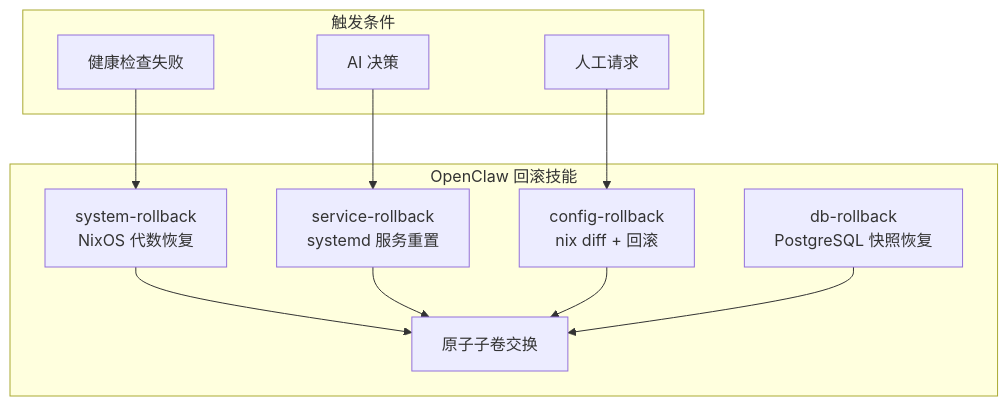
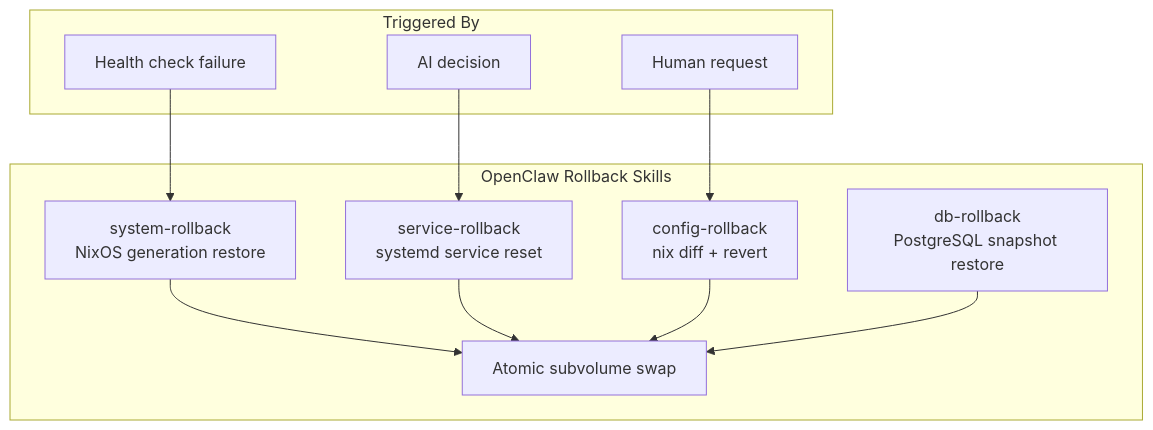
Before and after one commit to stars-labs/self-healing-nixos-infra: the ninth of 12 diagrams in i18n/zh/docusaurus-plugin-content-docs/current/architecture.md, drawn with Mermaid. The commit also changed other lines of this file and 15 other files, not shown here.

First line of the commit message:
Fix Mermaid parse errors in Chinese docs

````diff
--- a/i18n/zh/docusaurus-plugin-content-docs/current/architecture.md
+++ b/i18n/zh/docusaurus-plugin-content-docs/current/architecture.md
@@ -384,19 +384,19 @@
 ```mermaid
 flowchart TB
-    subgraph Rollback_Skills["OpenClaw 回滚技能"]
-        R1[system-rollback<br/>NixOS 代数恢复] --> R5[原子子卷交换]
-        R2[service-rollback<br/>systemd 服务重置] --> R5
-        R3[config-rollback<br/>nix diff + 回滚] --> R5
-        R4[db-rollback<br/>PostgreSQL 快照恢复] --> R5
+    subgraph Rollback_Skills["OpenClaw Rollback Skills"]
+        R1[system-rollback<br/>NixOS generation restore] --> R5[Atomic subvolume swap]
+        R2[service-rollback<br/>systemd service reset] --> R5
+        R3[config-rollback<br/>nix diff + revert] --> R5
+        R4[db-rollback<br/>PostgreSQL snapshot restore] --> R5
     end
     
-    subgraph Triggers["触发条件"]
-        T1[健康检查失败]
-        T2[AI 决策]
-        T3[人工请求]
+    subgraph Triggers["Triggered By"]
+        T1[Health check failure]
+        T2[AI decision]
+        T3[Human request]
     end
     
     T1 --> R1
     T2 --> R2
     T3 --> R3
 ```
````
